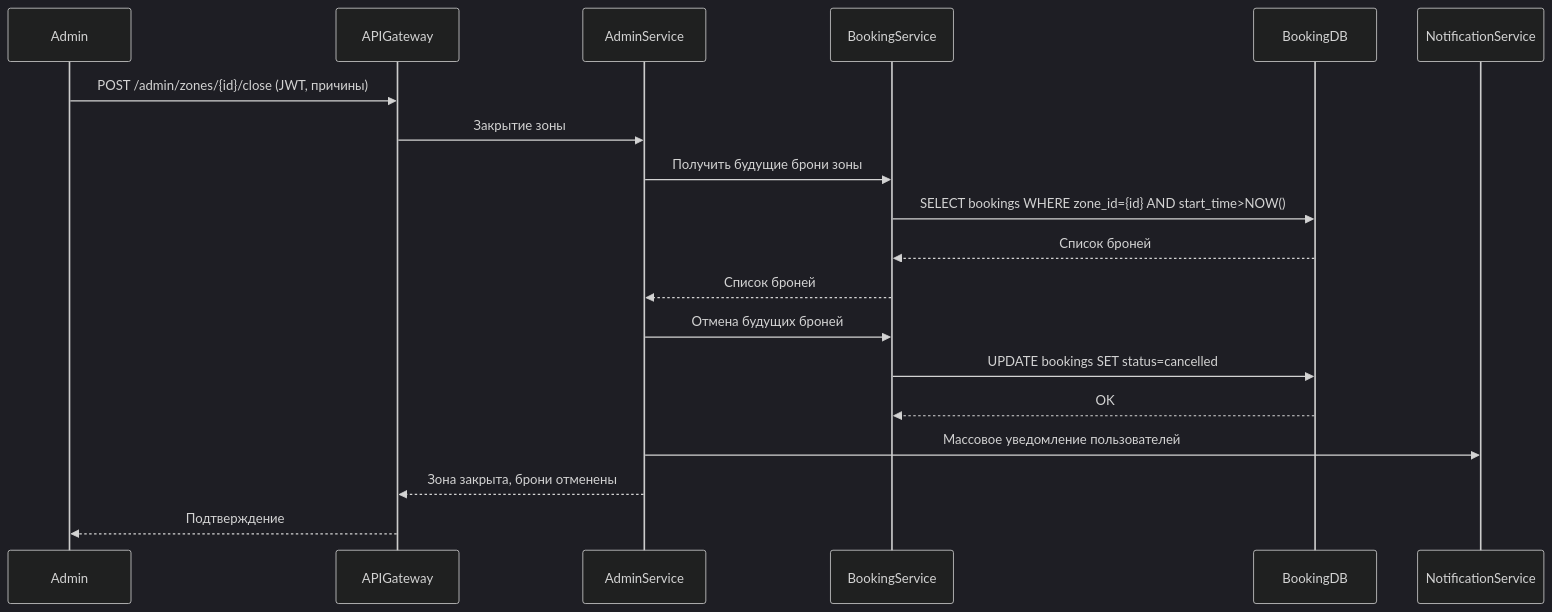
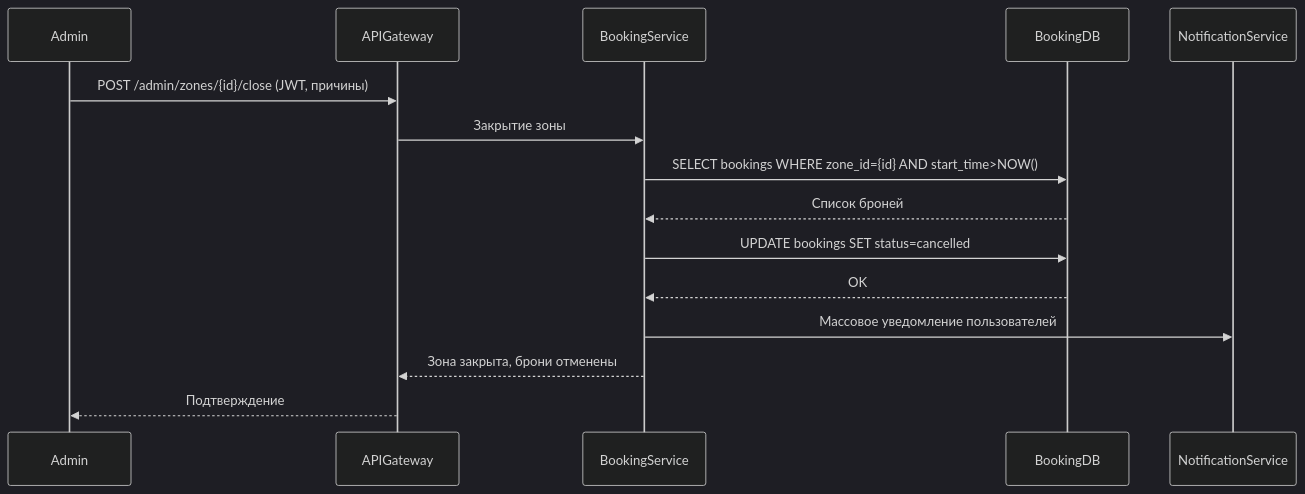
Before and after one commit to dalai-llama2004/blatnye-bratuyni: the seventh of 7 diagrams in docs/tr.md, drawn with Mermaid (dark theme). The commit also changed other lines of this file, not shown here.

````diff
--- a/docs/tr.md
+++ b/docs/tr.md
@@ -408,21 +378,17 @@
 ```mermaid
 sequenceDiagram
 participant Admin
 participant APIGateway
-participant AdminService
 participant BookingService
 participant BookingDB
 participant NotificationService
 Admin->>APIGateway: POST /admin/zones/{id}/close (JWT, причины)
-APIGateway->>AdminService: Закрытие зоны
-AdminService->>BookingService: Получить будущие брони зоны
+APIGateway->>BookingService: Закрытие зоны
 BookingService->>BookingDB: SELECT bookings WHERE zone_id={id} AND start_time>NOW()
 BookingDB-->>BookingService: Список броней
-BookingService-->>AdminService: Список броней
-AdminService->>BookingService: Отмена будущих броней
 BookingService->>BookingDB: UPDATE bookings SET status=cancelled
 BookingDB-->>BookingService: OK
-AdminService->>NotificationService: Массовое уведомление пользователей
-AdminService-->>APIGateway: Зона закрыта, брони отменены
+BookingService->>NotificationService: Массовое уведомление пользователей
+BookingService-->>APIGateway: Зона закрыта, брони отменены
 APIGateway-->>Admin: Подтверждение
 ```
````
